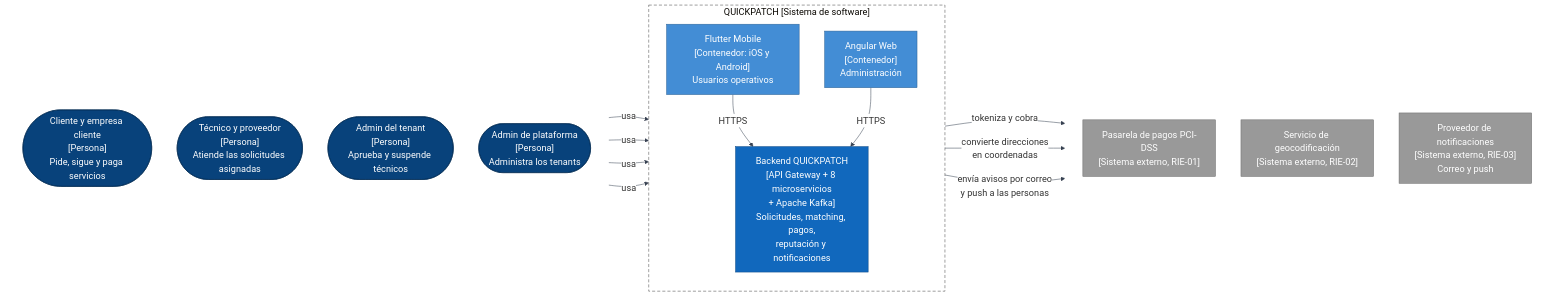
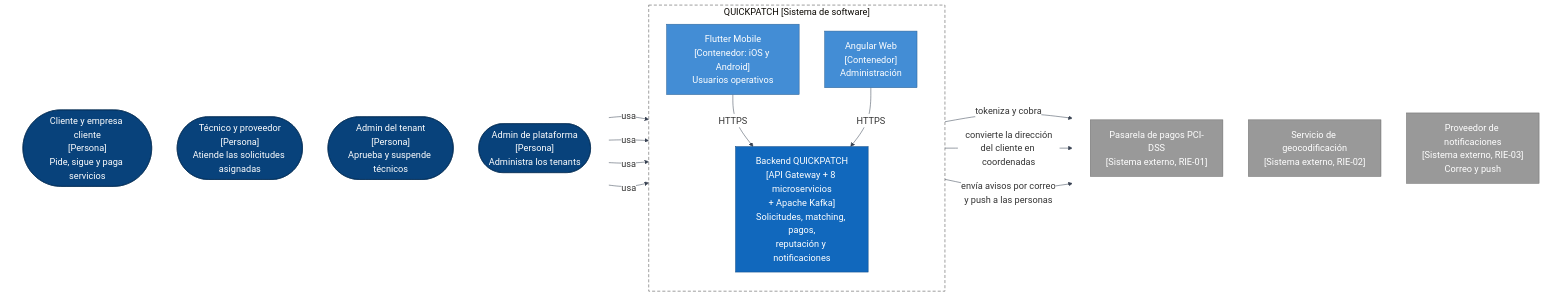
One commit to ARQUI-202630/quickpatch changed the first of 4 diagrams in docs/architecture/SAD.md. Above: the diagram before and after it, drawn with Mermaid. The commit also changed 24 other files, not shown here.

````diff
--- a/docs/architecture/SAD.md
+++ b/docs/architecture/SAD.md
@@ -886,47 +886,47 @@
 ```mermaid
 %%{init: {'theme':'base','themeVariables':{'lineColor':'#374151','textColor':'#111827','edgeLabelBackground':'#ffffff','fontSize':'18px'}}}%%
 flowchart LR
     subgraph PER[" "]
         direction TB
         P1(["Cliente y empresa cliente<br/>[Persona]<br/>Pide, sigue y paga servicios"])
         P2(["Técnico y proveedor<br/>[Persona]<br/>Atiende las solicitudes asignadas"])
         P3(["Admin del tenant<br/>[Persona]<br/>Aprueba y suspende técnicos"])
         P4(["Admin de plataforma<br/>[Persona]<br/>Administra los tenants"])
     end
 
     subgraph SIS["QUICKPATCH [Sistema de software]"]
         direction TB
         MOB["Flutter Mobile<br/>[Contenedor: iOS y Android]<br/>Usuarios operativos"]
         WEB["Angular Web<br/>[Contenedor]<br/>Administración"]
         CORE["Backend QUICKPATCH<br/>[API Gateway + 8 microservicios<br/>+ Apache Kafka]<br/>Solicitudes, matching, pagos,<br/>reputación y notificaciones"]
     end
 
     subgraph EXT[" "]
         direction TB
         PAY["Pasarela de pagos PCI-DSS<br/>[Sistema externo, RIE-01]"]
         MAPS["Servicio de geocodificación<br/>[Sistema externo, RIE-02]"]
         NOTI["Proveedor de notificaciones<br/>[Sistema externo, RIE-03]<br/>Correo y push"]
     end
 
     P1 -->|"usa"| MOB
     P2 -->|"usa"| MOB
     P3 -->|"usa"| WEB
     P4 -->|"usa"| WEB
     MOB -->|"HTTPS"| CORE
     WEB -->|"HTTPS"| CORE
     CORE -->|"tokeniza y cobra"| PAY
-    CORE -->|"convierte direcciones<br/>en coordenadas"| MAPS
+    MOB -->|"convierte la dirección<br/>del cliente en coordenadas"| MAPS
     CORE -->|"envía avisos por correo<br/>y push a las personas"| NOTI
 
     classDef persona fill:#08427b,stroke:#052e56,color:#ffffff
     classDef contenedor fill:#438dd5,stroke:#2e6295,color:#ffffff
     classDef sistema fill:#1168bd,stroke:#0b4884,color:#ffffff
     classDef externo fill:#999999,stroke:#6b6b6b,color:#ffffff
     class P1,P2,P3,P4 persona
     class MOB,WEB contenedor
     class CORE sistema
     class PAY,MAPS,NOTI externo
     style PER fill:#ffffff,stroke:#ffffff
     style EXT fill:#ffffff,stroke:#ffffff
     style SIS fill:#ffffff,stroke:#444444,stroke-dasharray:6 4
 ```
````
